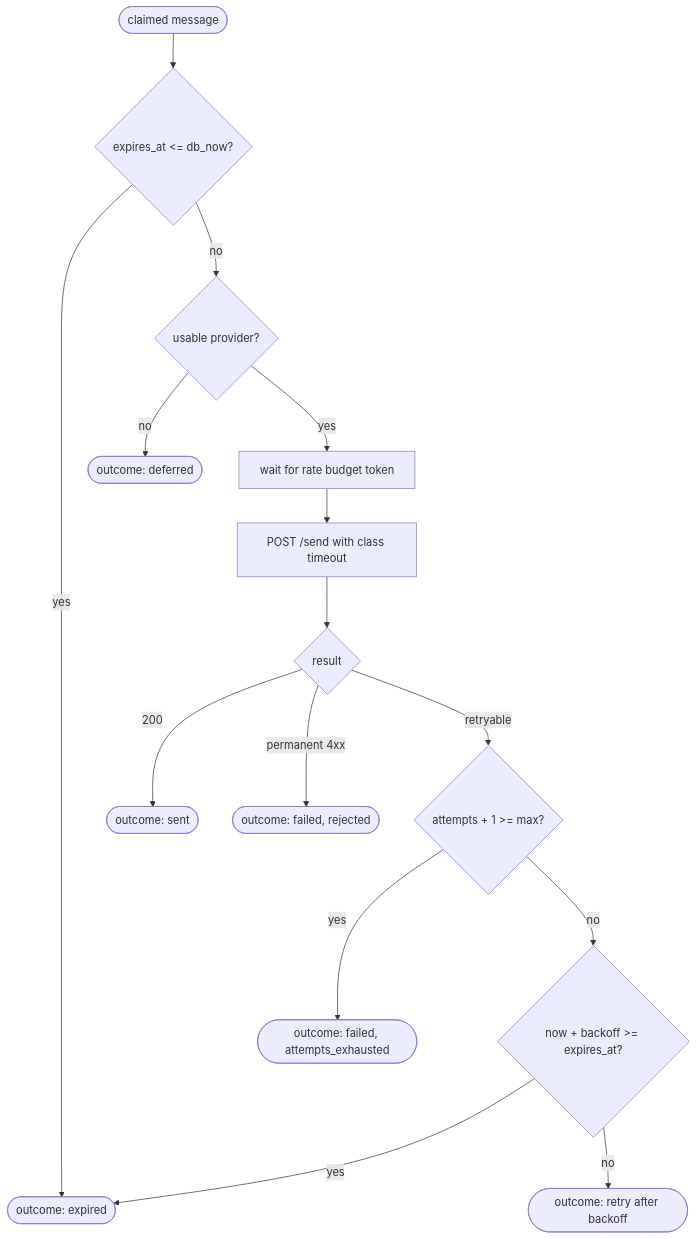
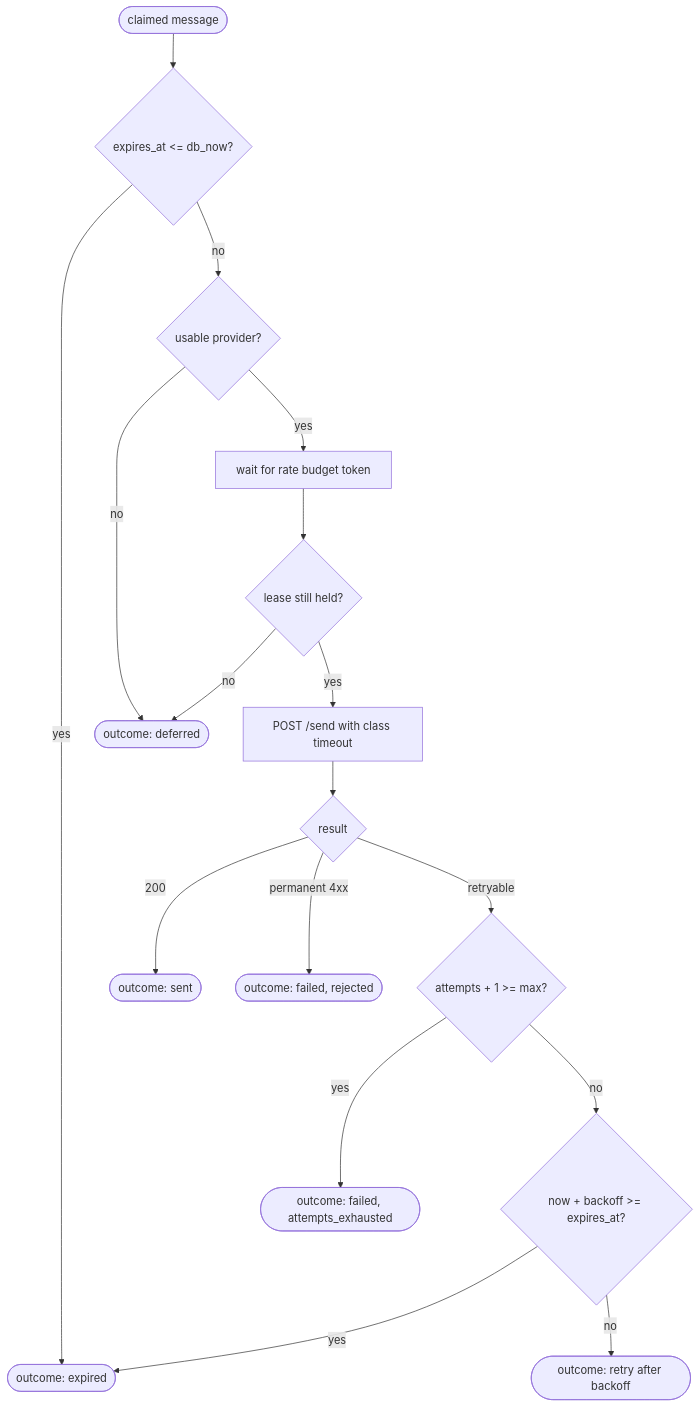
The second of 2 diagrams in docs/060-processing/010-queue-and-workers.md (mmrzaf/sms-gateway), drawn with Mermaid before and after one commit. The commit also changed other lines of this file and 3 other files, not shown here.

````diff
--- a/docs/060-processing/010-queue-and-workers.md
+++ b/docs/060-processing/010-queue-and-workers.md
@@ -69,17 +69,19 @@
 ```mermaid
 flowchart TD
     start([claimed message]) --> exp{expires_at <= db_now?}
     exp -- yes --> expired([outcome: expired])
     exp -- no --> sel{usable provider?}
     sel -- no --> deferred([outcome: deferred])
     sel -- yes --> budget[wait for rate budget token]
-    budget --> send[POST /send with class timeout]
+    budget --> lease{lease still held?}
+    lease -- no --> deferred
+    lease -- yes --> send[POST /send with class timeout]
     send --> res{result}
     res -- 200 --> sent([outcome: sent])
     res -- permanent 4xx --> failed([outcome: failed, rejected])
     res -- retryable --> sched{attempts + 1 >= max?}
     sched -- yes --> exh([outcome: failed, attempts_exhausted])
     sched -- no --> ttl{now + backoff >= expires_at?}
     ttl -- yes --> expired
     ttl -- no --> retry([outcome: retry after backoff])
 ```
````
